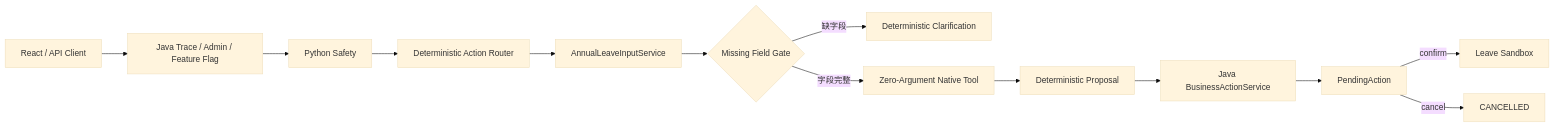
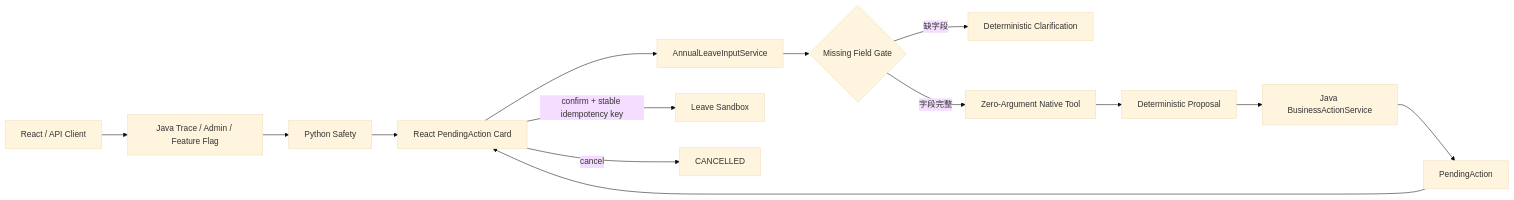
Before and after one commit to izz-BLUE/enterprise-ai-copilot: the diagram in docs/controlled-business-actions.md, drawn with Mermaid (base theme). The commit also changed other lines of this file and 2 other files, not shown here.

Commit message:
docs: document frontend action confirmation flow

````diff
--- a/docs/controlled-business-actions.md
+++ b/docs/controlled-business-actions.md
@@ -11,15 +11,16 @@
 ```mermaid
 flowchart LR
     U[React / API Client] --> J[Java Trace / Admin / Feature Flag]
     J --> S[Python Safety]
     S --> R[Deterministic Action Router]
     R --> I[AnnualLeaveInputService]
     I --> G{Missing Field Gate}
     G -->|缺字段| C[Deterministic Clarification]
     G -->|字段完整| T[Zero-Argument Native Tool]
     T --> P[Deterministic Proposal]
     P --> V[Java BusinessActionService]
     V --> A[PendingAction]
-    A -->|confirm| L[Leave Sandbox]
-    A -->|cancel| X[CANCELLED]
+    A --> R[React PendingAction Card]
+    R -->|confirm + stable idempotency key| L[Leave Sandbox]
+    R -->|cancel| X[CANCELLED]
 ```
````
